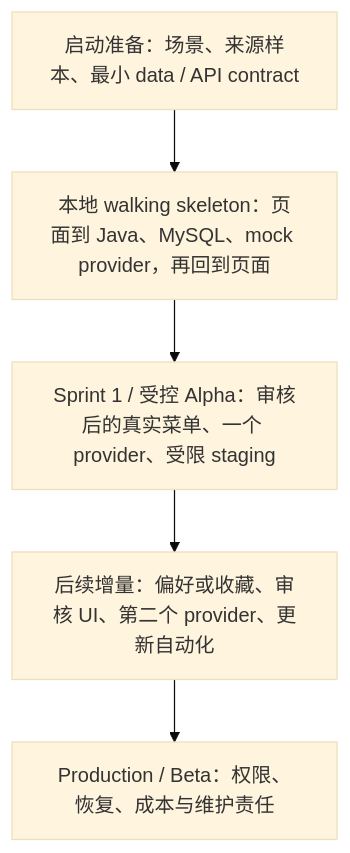
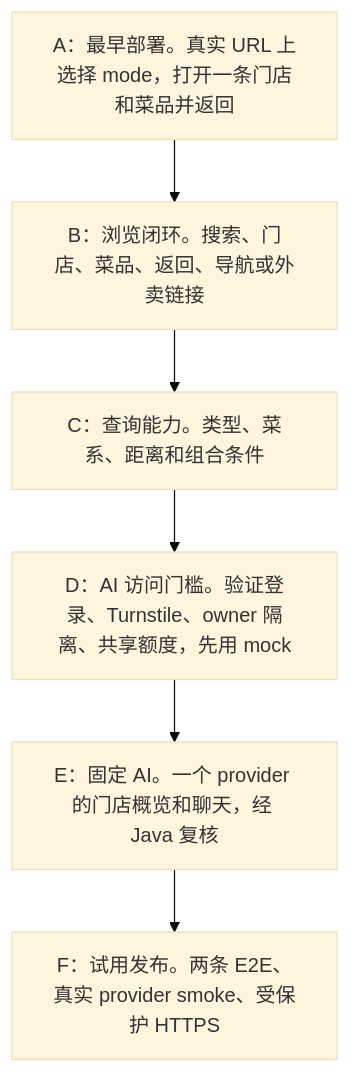
The first of 3 diagrams in README.md (kurin0u0/Large-Lunch-Model), drawn with Mermaid (base theme) before and after one commit. The commit also changed other lines of this file and 6 other files, not shown here.

````diff
--- a/README.md
+++ b/README.md
@@ -35,9 +39,10 @@
 ```mermaid
 flowchart TD
-    prep["启动准备：场景、来源样本、最小 data / API contract"]
-    local["本地 walking skeleton：页面到 Java、MySQL、mock provider，再回到页面"]
-    alpha["Sprint 1 / 受控 Alpha：审核后的真实菜单、一个 provider、受限 staging"]
-    later["后续增量：偏好或收藏、审核 UI、第二个 provider、更新自动化"]
-    prod["Production / Beta：权限、恢复、成本与维护责任"]
-    prep --> local --> alpha --> later --> prod
+    a["A：最早部署。真实 URL 上选择 mode，打开一条门店和菜品并返回"]
+    b["B：浏览闭环。搜索、门店、菜品、返回、导航或外卖链接"]
+    c["C：查询能力。类型、菜系、距离和组合条件"]
+    d["D：AI 访问门槛。验证登录、Turnstile、owner 隔离、共享额度，先用 mock"]
+    e["E：固定 AI。一个 provider 的门店概览和聊天，经 Java 复核"]
+    f["F：试用发布。两条 E2E、真实 provider smoke、受保护 HTTPS"]
+    a --> b --> c --> d --> e --> f
 ```
````
